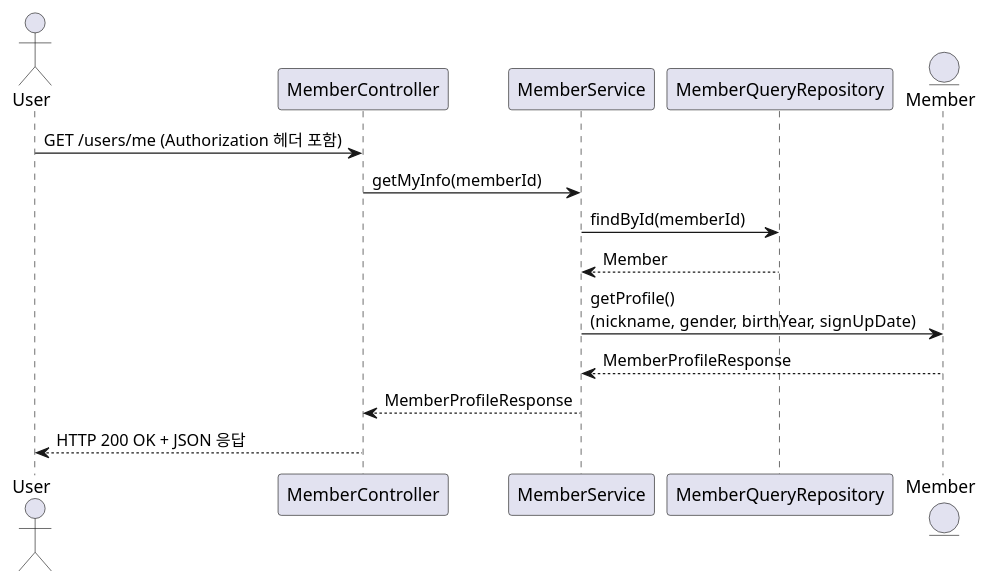
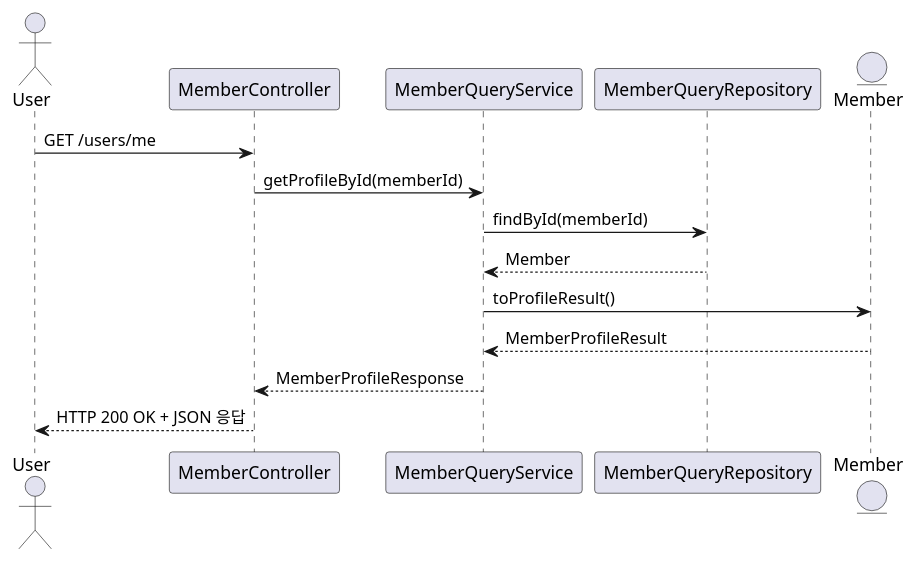
The diagram in document/puml/event/memberContext/memberAggregate/getMyProfile.puml (SimpleBoardTeam/simpleBoard-server), drawn with PlantUML before and after one commit.

Commit message:
docs(diagram): getMyProfile.puml 수정

```diff
--- a/document/puml/event/memberContext/memberAggregate/getMyProfile.puml
+++ b/document/puml/event/memberContext/memberAggregate/getMyProfile.puml
@@ -1,19 +1,19 @@
 @startuml
 actor User
 participant MemberController
-participant MemberService
+participant MemberQueryService
 participant MemberQueryRepository
 entity Member
 
-User -> MemberController : GET /users/me (Authorization 헤더 포함)
-MemberController -> MemberService : getMyInfo(memberId)
+User -> MemberController : GET /users/me
+MemberController -> MemberQueryService : getProfileById(memberId)
 
-MemberService -> MemberQueryRepository : findById(memberId)
-MemberQueryRepository --> MemberService : Member
+MemberQueryService -> MemberQueryRepository : findById(memberId)
+MemberQueryRepository --> MemberQueryService : Member
 
-MemberService -> Member : getProfile() \n(nickname, gender, birthYear, signUpDate)
-Member --> MemberService : MemberProfileResponse
+MemberQueryService -> Member : toProfileResult()
+Member --> MemberQueryService : MemberProfileResult
 
-MemberService --> MemberController : MemberProfileResponse
+MemberQueryService --> MemberController : MemberProfileResponse
 MemberController --> User : HTTP 200 OK + JSON 응답
 @enduml
```
